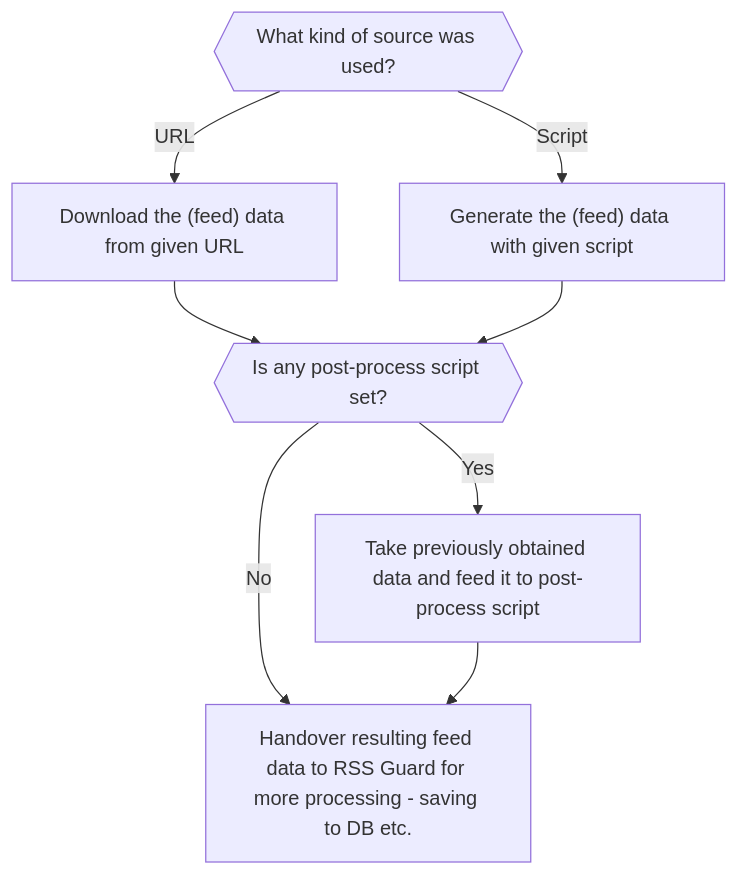
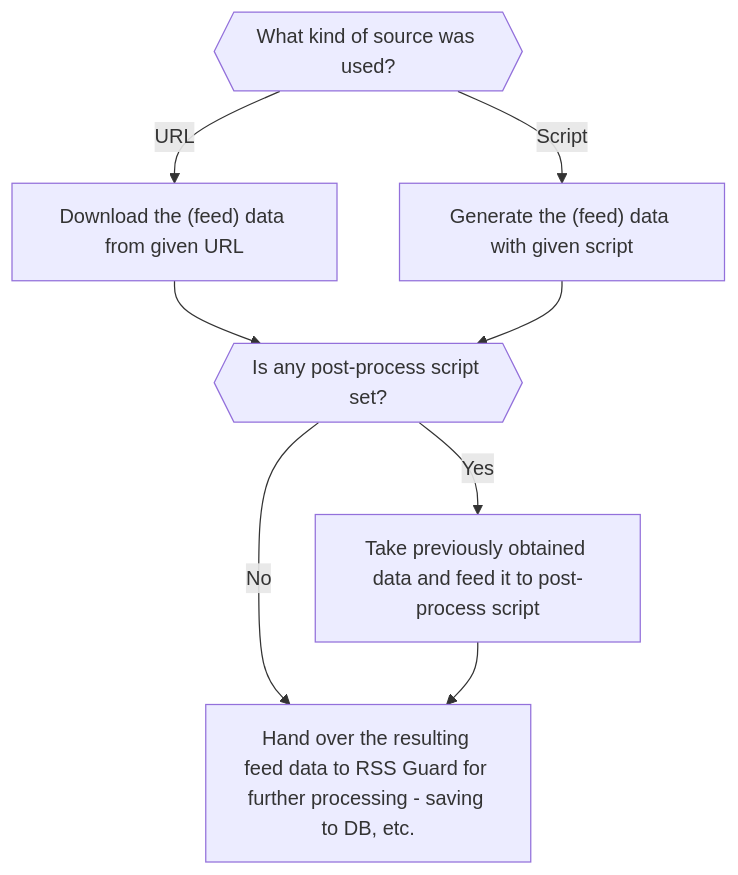
One commit to martinrotter/rssguard changed the diagram in docs/source/features/scraping.md. Above: the diagram before and after it, drawn with Mermaid. The commit also changed other lines of this file and 25 other files, not shown here.

````diff
--- a/docs/source/features/scraping.md
+++ b/docs/source/features/scraping.md
@@ -59,17 +59,17 @@
 ```{mermaid}
 flowchart TB
   src{{"What kind of source was used?"}}
   url["Download the (feed) data from given URL"]
   scr["Generate the (feed) data with given script"]
   pstd{{"Is any post-process script set?"}}
   pst["Take previously obtained data and feed it to post-process script"]
-  fin["Handover resulting feed data to RSS Guard for more processing - saving to DB etc."]
+  fin["Hand over the resulting feed data to RSS Guard for further processing - saving to DB, etc."]
 
   src-->|URL|url
   src-->|Script|scr
   url-->pstd
   scr-->pstd
   pstd-->|Yes|pst
   pstd-->|No|fin
   pst-->fin
 ```
````
